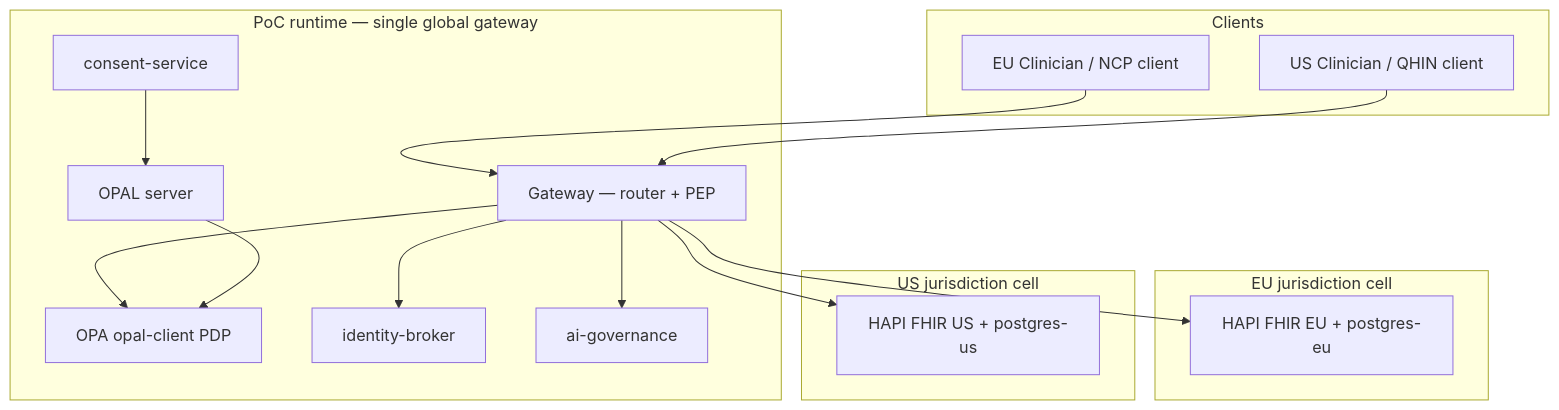
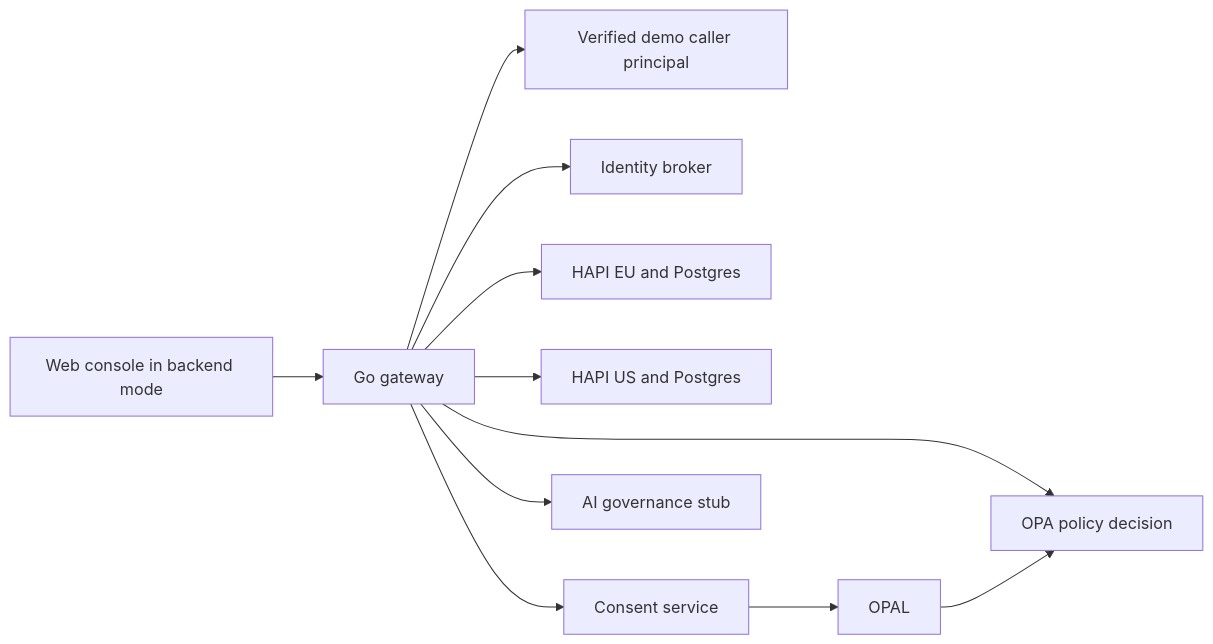
One commit to SafetyMP/Healthcare-Data-Exchange changed the second of 2 diagrams in docs/architecture/overview.md. Above: the diagram before and after it, drawn with Mermaid. The commit also changed other lines of this file and 61 other files, not shown here.

````diff
--- a/docs/architecture/overview.md
+++ b/docs/architecture/overview.md
@@ -33,34 +52,13 @@
 ```mermaid
-flowchart TB
-  subgraph clients [Clients]
-    EUClin[EU Clinician / NCP client]
-    USClin[US Clinician / QHIN client]
-  end
-
-  subgraph poc [PoC runtime — single global gateway]
-    GW[Gateway — router + PEP]
-    OPA[OPA opal-client PDP]
-    CS[consent-service]
-    IB[identity-broker]
-    OPALS[OPAL server]
-    AIGov[ai-governance]
-  end
-
-  subgraph eu [EU jurisdiction cell]
-    EFHIR[HAPI FHIR EU + postgres-eu]
-  end
-
-  subgraph us [US jurisdiction cell]
-    UFHIR[HAPI FHIR US + postgres-us]
-  end
-
-  EUClin --> GW
-  USClin --> GW
-  GW --> OPA
-  GW --> IB
-  GW --> EFHIR
-  GW --> UFHIR
-  GW --> AIGov
-  CS --> OPALS
-  OPALS --> OPA
+flowchart LR
+  Console[Web console in backend mode] --> Gateway[Go gateway]
+  Gateway --> Principal[Verified demo caller principal]
+  Gateway --> OPA[OPA policy decision]
+  Gateway --> Identity[Identity broker]
+  Gateway --> EU[HAPI EU and Postgres]
+  Gateway --> US[HAPI US and Postgres]
+  Gateway --> Consent[Consent service]
+  Consent --> OPAL[OPAL]
+  OPAL --> OPA
+  Gateway --> AI[AI governance stub]
 ```
````
